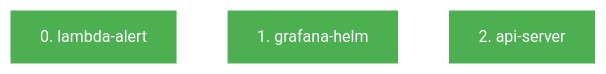
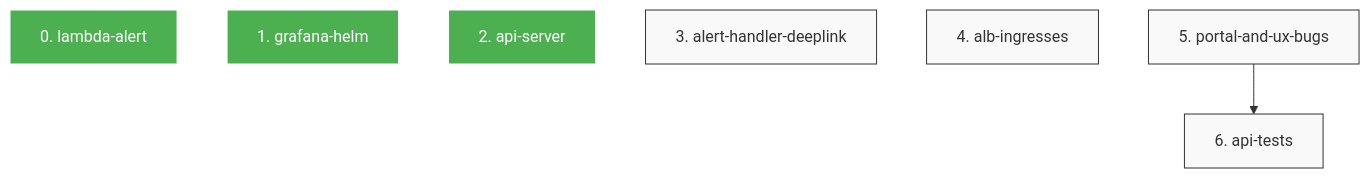
Before and after one commit to masondev1024/robot-data-pipeline: the diagram in phases/4-serving/DAG.md, drawn with Mermaid. The commit also changed 13 other files, not shown here.

First line of the commit message:
feat(4-serving): step 3 — alert-handler-deeplink

````diff
--- a/phases/4-serving/DAG.md
+++ b/phases/4-serving/DAG.md
@@ -3,13 +3,22 @@
 ```mermaid
 graph TD
   classDef completed fill:#4CAF50,stroke:#fff,color:#fff;
   classDef pending fill:#f9f9f9,stroke:#333;
   classDef error fill:#f44336,stroke:#fff,color:#fff;
   classDef blocked fill:#FF9800,stroke:#fff,color:#fff;
   S0["0. lambda-alert"]
   class S0 completed;
   S1["1. grafana-helm"]
   class S1 completed;
   S2["2. api-server"]
   class S2 completed;
+  S3["3. alert-handler-deeplink"]
+  class S3 pending;
+  S4["4. alb-ingresses"]
+  class S4 pending;
+  S5["5. portal-and-ux-bugs"]
+  class S5 pending;
+  S6["6. api-tests"]
+  class S6 pending;
+  S5 --> S6
 ```
````
